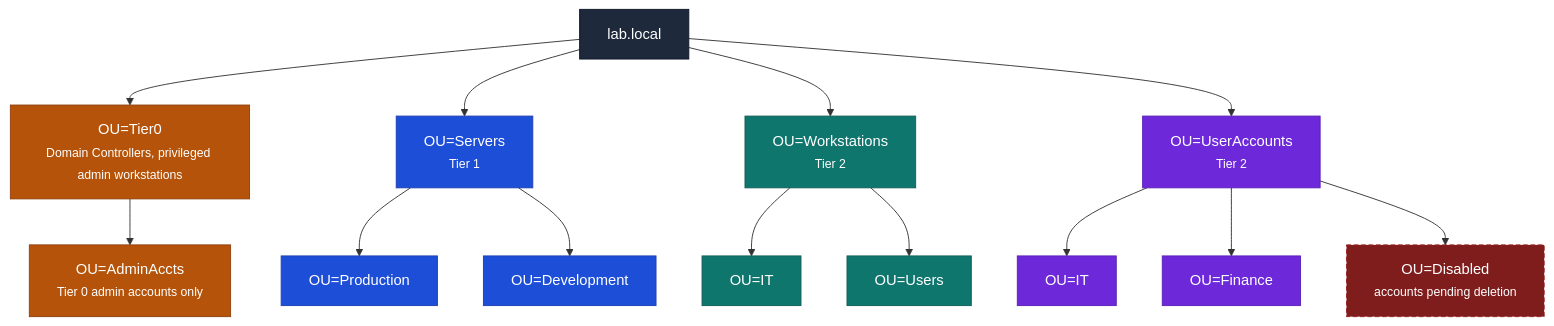
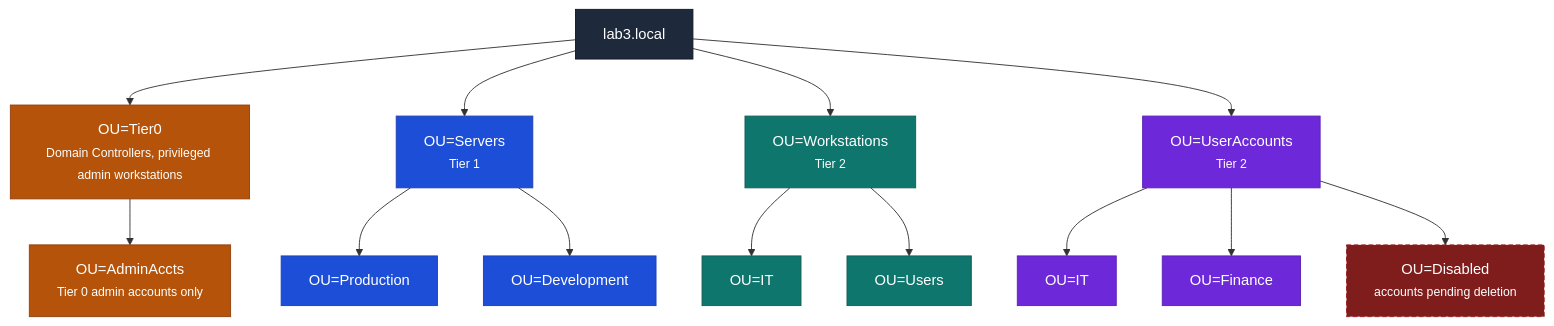
One commit to BYU-CYBER-444/byu-cyber-444.github.io changed the first of 2 diagrams in labs/lab-03.md. Above: the diagram before and after it, drawn with Mermaid. The commit also changed other lines of this file, not shown here.

Commit message:
lab 3 updates

````diff
--- a/labs/lab-03.md
+++ b/labs/lab-03.md
@@ -68,45 +68,45 @@
 ```mermaid
 flowchart TD
-    ROOT["lab.local"]
+    ROOT["lab3.local"]
     DC["OU=Tier0<br/><small>Domain Controllers, privileged admin workstations</small>"]
     SRV["OU=Servers<br/><small>Tier 1</small>"]
     WS["OU=Workstations<br/><small>Tier 2</small>"]
     UA["OU=UserAccounts<br/><small>Tier 2</small>"]
 
     ADMIN["OU=AdminAccts<br/><small>Tier 0 admin accounts only</small>"]
     PROD["OU=Production"]
     DEV["OU=Development"]
     ITW["OU=IT"]
     USR["OU=Users"]
     ITA["OU=IT"]
     FIN["OU=Finance"]
     DIS["OU=Disabled<br/><small>accounts pending deletion</small>"]
 
     ROOT --> DC
     ROOT --> SRV
     ROOT --> WS
     ROOT --> UA
 
     DC --> ADMIN
     SRV --> PROD
     SRV --> DEV
     WS --> ITW
     WS --> USR
     UA --> ITA
     UA --> FIN
     UA --> DIS
 
     classDef root fill:#1e293b,color:#fff,stroke:#0f172a,stroke-width:1px;
     classDef tier0 fill:#b45309,color:#fff,stroke:#92400e,stroke-width:1px;
     classDef tier1 fill:#1d4ed8,color:#fff,stroke:#1e40af,stroke-width:1px;
     classDef tier2 fill:#0f766e,color:#fff,stroke:#115e59,stroke-width:1px;
     classDef tier2b fill:#6d28d9,color:#fff,stroke:#5b21b6,stroke-width:1px;
     classDef disabled fill:#7f1d1d,color:#fff,stroke:#991b1b,stroke-width:1px,stroke-dasharray: 5 3;
 
     class ROOT root;
     class DC,ADMIN tier0;
     class SRV,PROD,DEV tier1;
     class WS,ITW,USR tier2;
     class UA,ITA,FIN tier2b;
     class DIS disabled;
 ```
````
